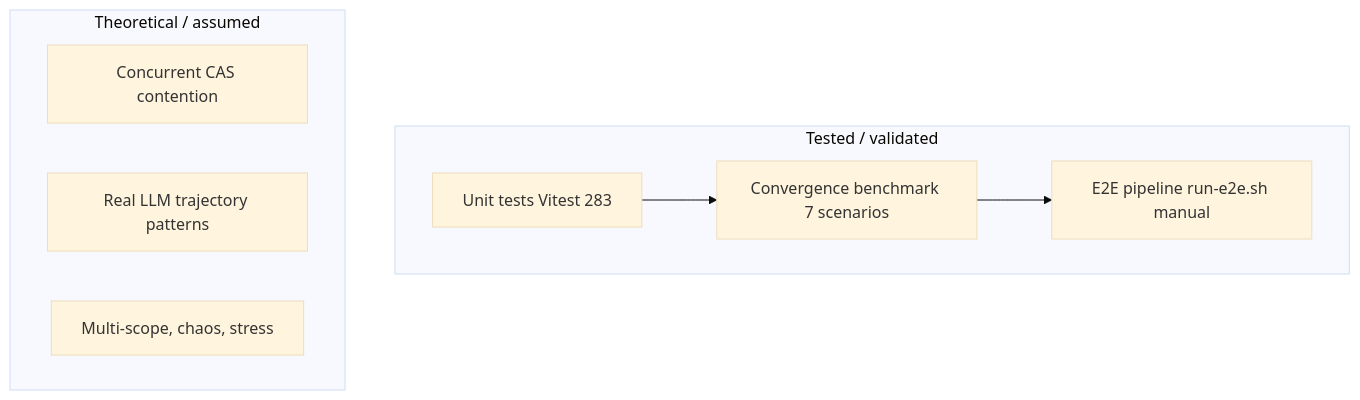
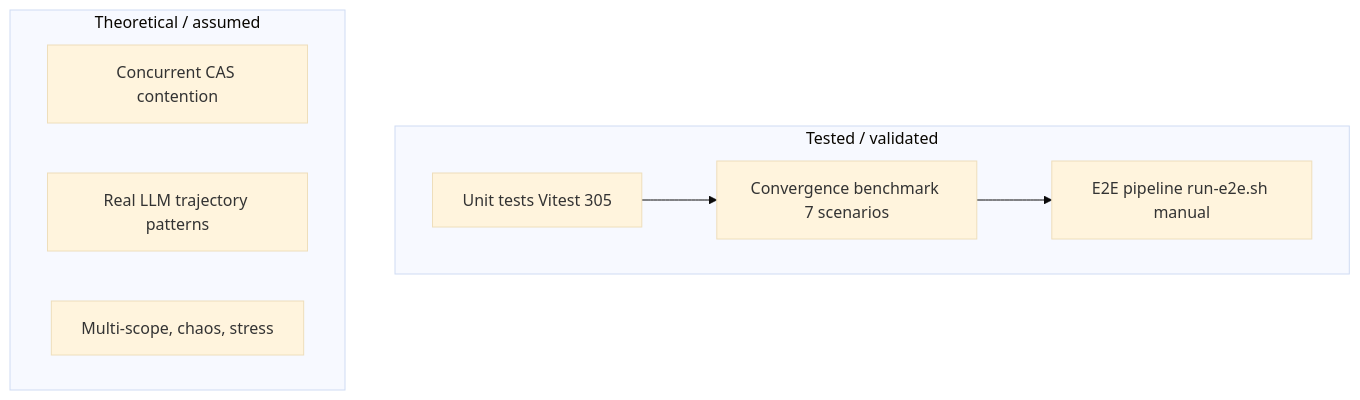
The diagram in docs/validation.md (DealExMachina/open-governed-swarm-of-agents), drawn with Mermaid (base theme) before and after one commit. The commit also changed other lines of this file and 8 other files, not shown here.

````diff
--- a/docs/validation.md
+++ b/docs/validation.md
@@ -14,15 +14,15 @@
 ```mermaid
 flowchart TB
   subgraph tested["Tested / validated"]
-    U[Unit tests Vitest 283]
+    U[Unit tests Vitest 305]
     BENCH[Convergence benchmark 7 scenarios]
     E2E[E2E pipeline run-e2e.sh manual]
   end
   subgraph theoretical["Theoretical / assumed"]
     T1[Concurrent CAS contention]
     T2[Real LLM trajectory patterns]
     T3[Multi-scope, chaos, stress]
   end
   U --> BENCH
   BENCH --> E2E
 ```
````
